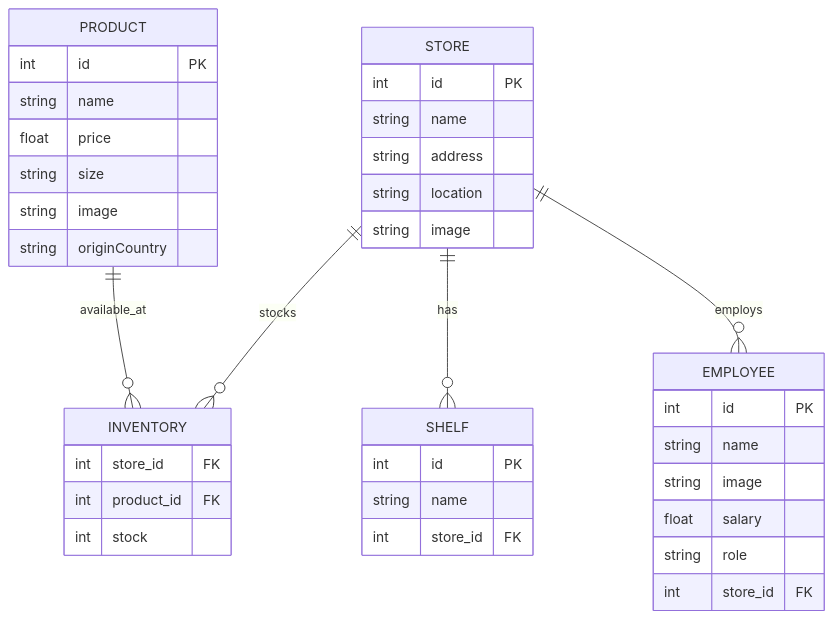
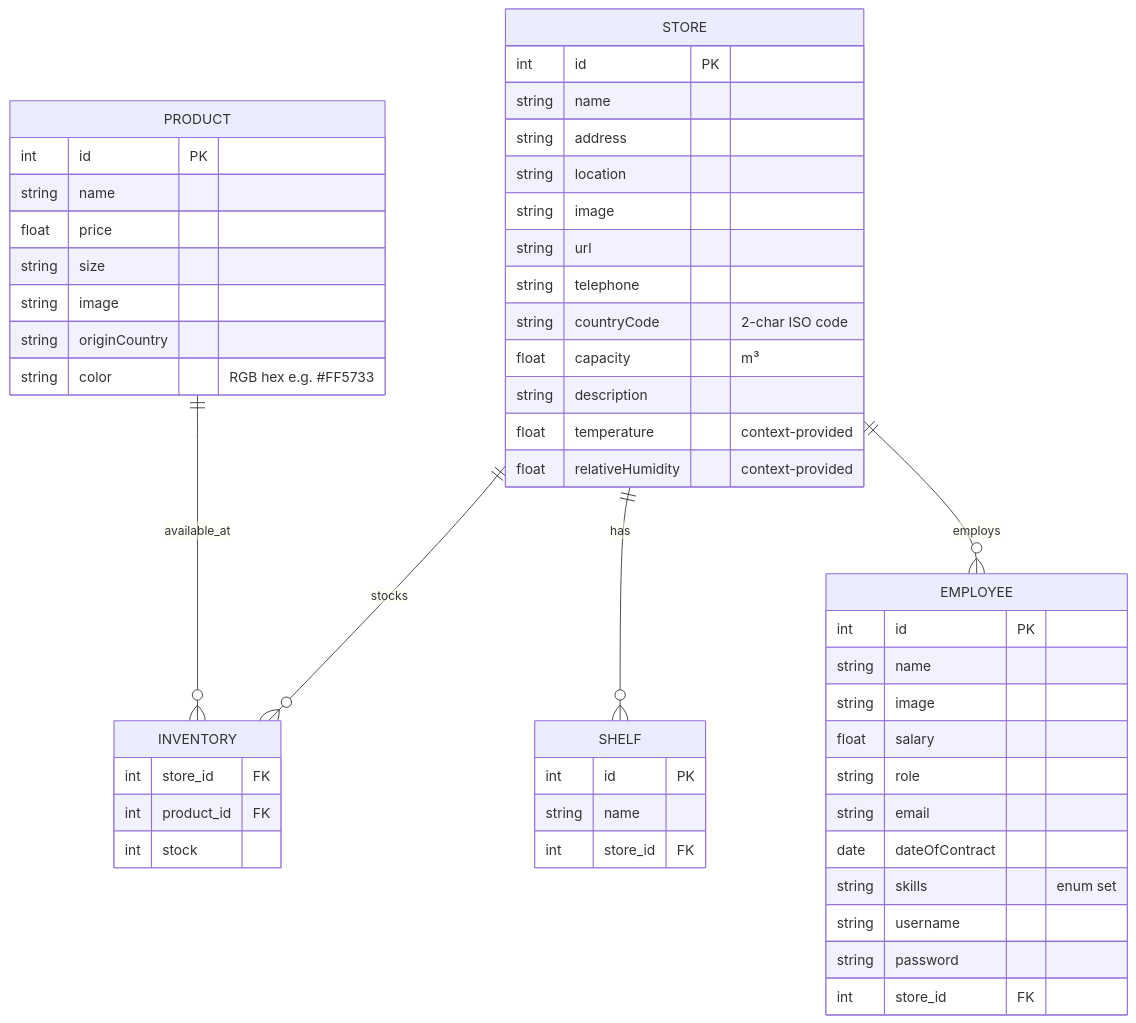
The diagram in data_model.md (Enrichpg/P2-XDEI), drawn with Mermaid before and after one commit. The commit also changed other lines of this file and 2 other files, not shown here.

Commit message:
docs: update PRD, architecture and data model for P2 requirements

````diff
--- a/data_model.md
+++ b/data_model.md
@@ -5,40 +5,53 @@
 ```mermaid
 erDiagram
     STORE ||--o{ INVENTORY : stocks
     PRODUCT ||--o{ INVENTORY : available_at
     STORE ||--o{ SHELF : has
+    STORE ||--o{ EMPLOYEE : employs
     STORE {
         int id PK
         string name
         string address
         string location
         string image
+        string url
+        string telephone
+        string countryCode "2-char ISO code"
+        float capacity "m³"
+        string description
+        float temperature "context-provided"
+        float relativeHumidity "context-provided"
     }
     PRODUCT {
         int id PK
         string name
         float price
         string size
         string image
         string originCountry
+        string color "RGB hex e.g. #FF5733"
     }
     INVENTORY {
         int store_id FK
         int product_id FK
         int stock
     }
     SHELF {
         int id PK
         string name
         int store_id FK
     }
     EMPLOYEE {
         int id PK
         string name
         string image
         float salary
         string role
+        string email
+        date dateOfContract
+        string skills "enum set"
+        string username
+        string password
         int store_id FK
     }
-    STORE ||--o{ EMPLOYEE : employs
 ```
````
